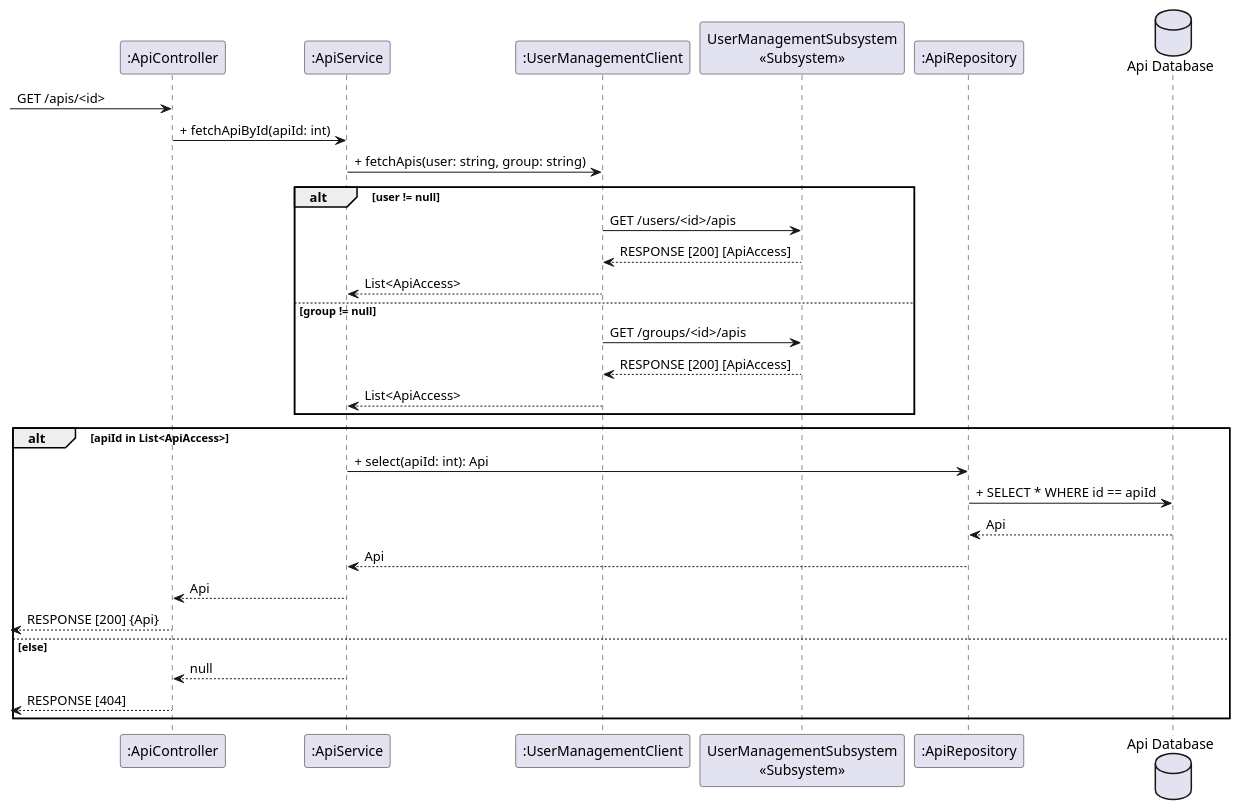
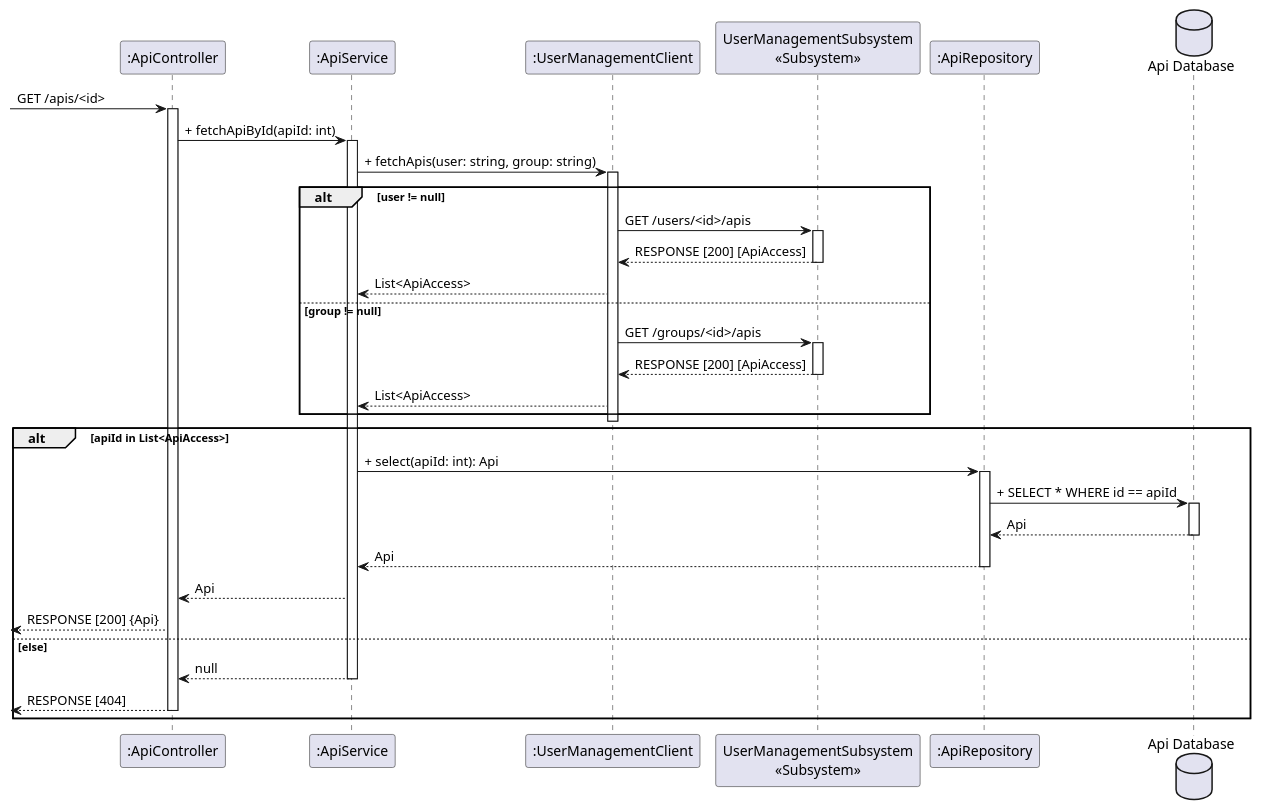
The diagram in docs/diagrams/runtime/api_management/api_get_api.puml (GroMoKoSo/GroMoKoSo-Meta), drawn with PlantUML before and after one commit. The commit also changed 1 other file, not shown here.

```diff
--- a/docs/diagrams/runtime/api_management/api_get_api.puml
+++ b/docs/diagrams/runtime/api_management/api_get_api.puml
@@ -1,36 +1,51 @@
 @startuml
 participant api_controller as ":ApiController"
 participant api_service as ":ApiService"
 participant user_management_client as ":UserManagementClient"
 participant user_management_subsystem as "UserManagementSubsystem\n«Subsystem»"
 participant api_repository as ":ApiRepository"
 database api_database as "Api Database"
 
 -> api_controller: GET /apis/<id>
+activate api_controller
 
 api_controller -> api_service: + fetchApiById(apiId: int)
+activate api_service
 api_service -> user_management_client: + fetchApis(user: string, group: string)
+activate user_management_client
 
 alt user != null
     user_management_client -> user_management_subsystem: GET /users/<id>/apis
+    activate user_management_subsystem
     user_management_client <-- user_management_subsystem: RESPONSE [200] [ApiAccess]
+    deactivate user_management_subsystem
     api_service <-- user_management_client : List<ApiAccess>
 else group != null
     user_management_client -> user_management_subsystem: GET /groups/<id>/apis
+    activate user_management_subsystem
     user_management_client <-- user_management_subsystem: RESPONSE [200] [ApiAccess]
+    deactivate user_management_subsystem
     api_service <-- user_management_client : List<ApiAccess>
 end
+deactivate user_management_client
 
 alt apiId in List<ApiAccess>
     api_service -> api_repository: + select(apiId: int): Api
+    activate api_repository
     api_repository -> api_database: + SELECT * WHERE id == apiId
+    activate api_database
     api_database --> api_repository: Api
+    deactivate api_database
     api_repository --> api_service: Api
+    deactivate api_repository
     api_service --> api_controller: Api
     <-- api_controller : RESPONSE [200] {Api}
 else else
     api_service --> api_controller: null
+    deactivate api_service
     <-- api_controller : RESPONSE [404]
+    deactivate api_controller
+
 end
 
 @enduml
```
